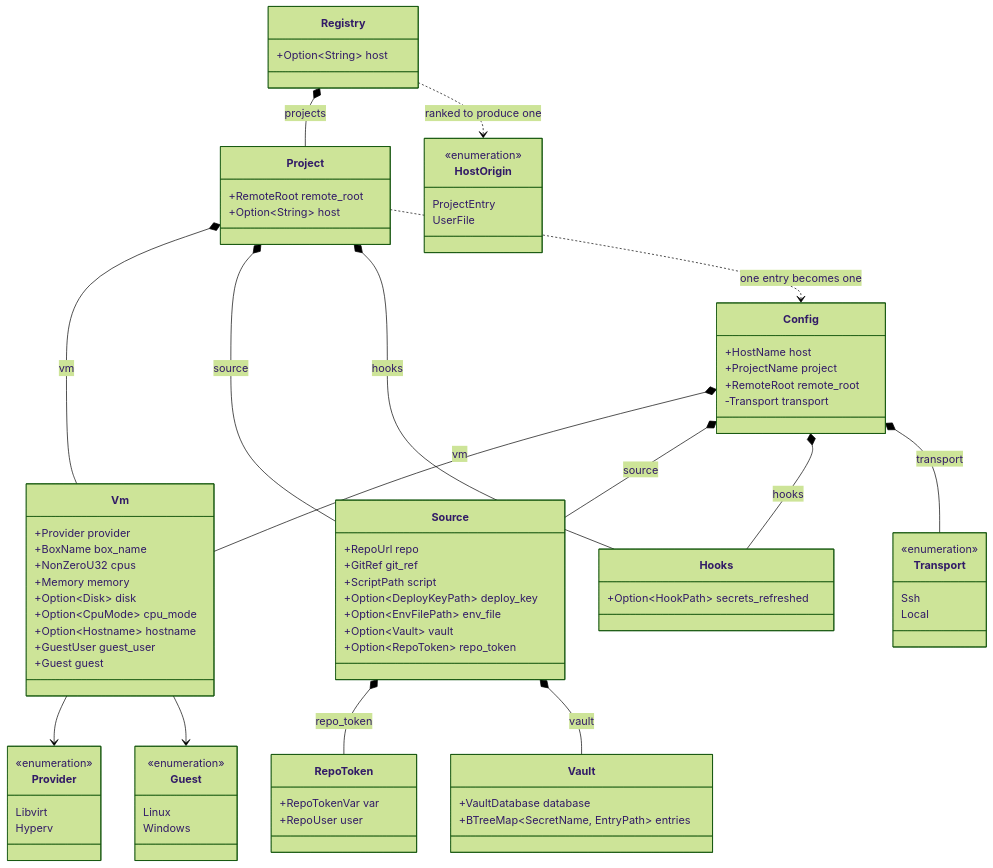
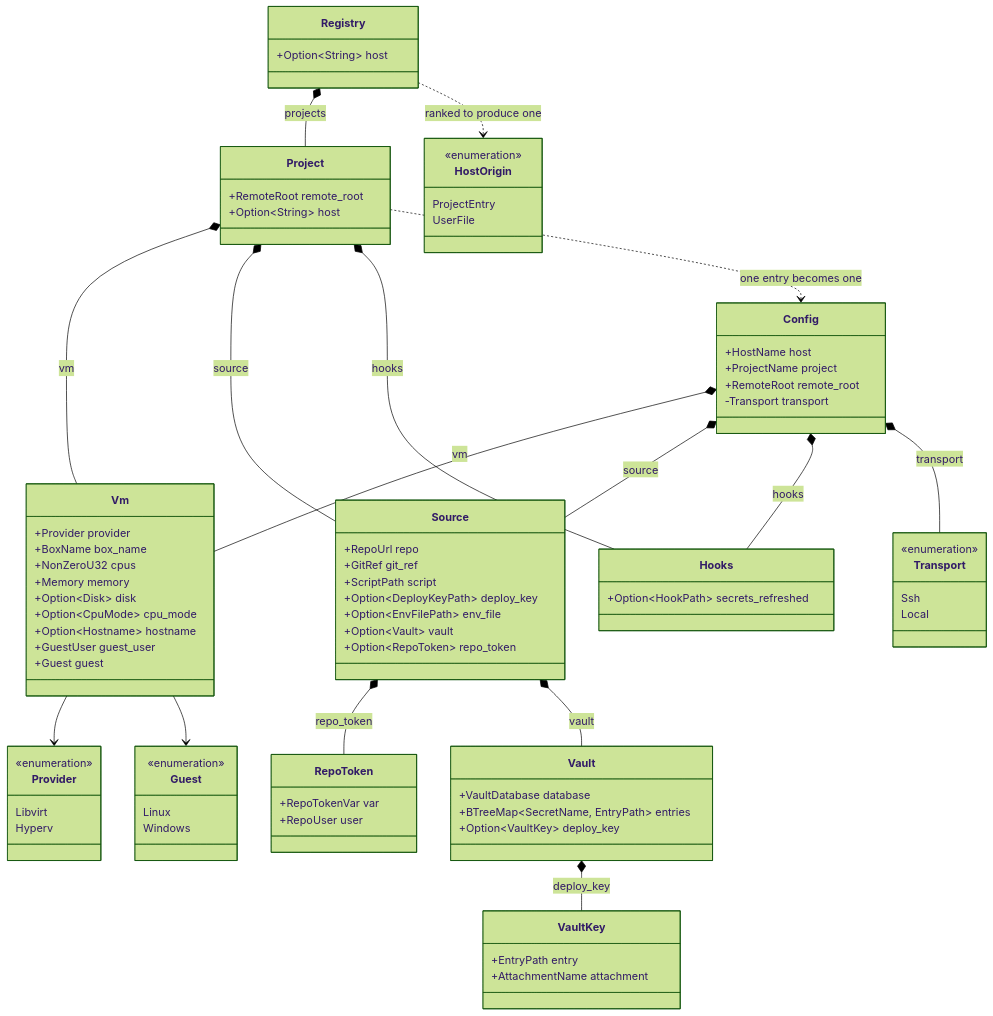
Before and after one commit to breki/bombyx: the third of 6 diagrams in docs/architecture.md, drawn with Mermaid (forest theme). The commit also changed 23 other files, not shown here.

````diff
--- a/docs/architecture.md
+++ b/docs/architecture.md
@@ -179,6 +179,11 @@
   class Vault {
     +VaultDatabase database
     +BTreeMap~SecretName, EntryPath~ entries
+    +Option~VaultKey~ deploy_key
+  }
+  class VaultKey {
+    +EntryPath entry
+    +AttachmentName attachment
   }
   class RepoToken {
     +RepoTokenVar var
@@ -228,5 +233,6 @@
   Vm --> Guest
   Source *-- RepoToken : repo_token
   Source *-- Vault : vault
+  Vault *-- VaultKey : deploy_key
   Registry ..> HostOrigin : ranked to produce one
 ```
````
